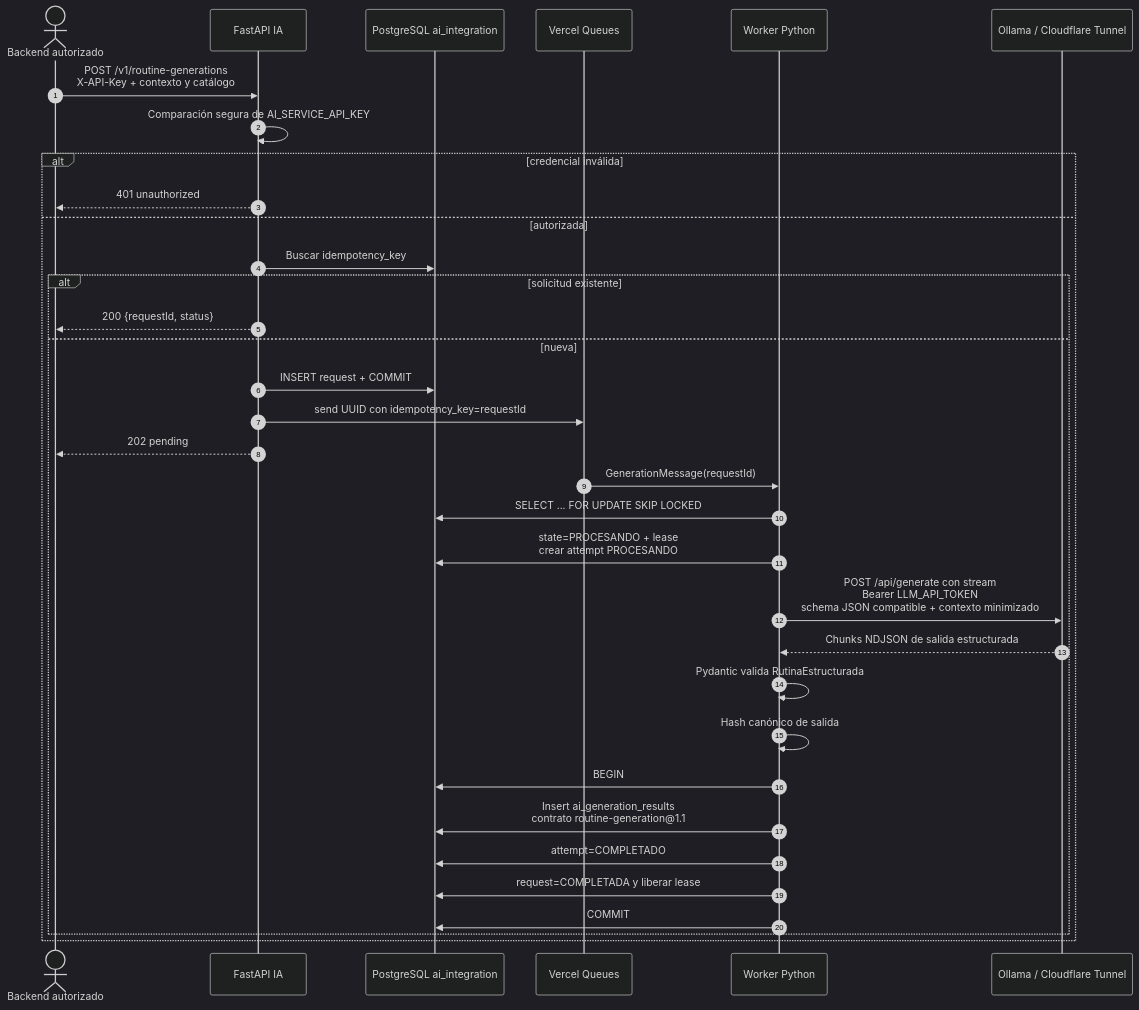
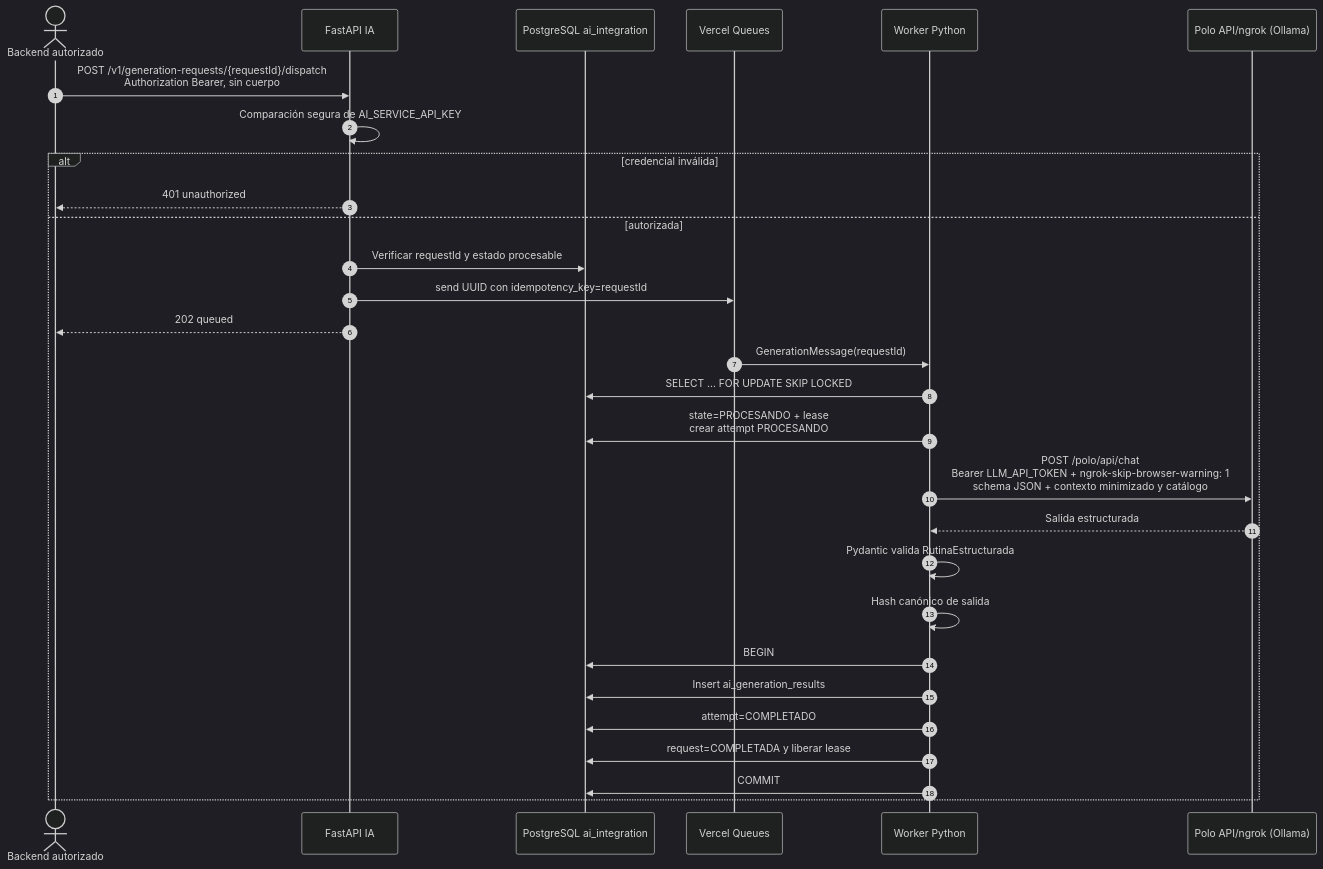
One commit to Maico-Zurbriggen/proyecto-gimnasio-documentacion changed diagram 12 of 14 in architecture/implemented-sequence-diagrams.md. Above: the diagram before and after it, drawn with Mermaid (dark theme). The commit also changed other lines of this file and 15 other files, not shown here.

Commit message:
docs(ai): document Polo generation and local database workflow

````diff
--- a/architecture/implemented-sequence-diagrams.md
+++ b/architecture/implemented-sequence-diagrams.md
@@ -551,37 +560,32 @@
 ```mermaid
 sequenceDiagram
     autonumber
     actor Caller as Backend autorizado
     participant AI as FastAPI IA
     participant DB as PostgreSQL ai_integration
     participant Q as Vercel Queues
     participant W as Worker Python
-    participant LLM as Ollama / Cloudflare Tunnel
+    participant LLM as Polo API/ngrok (Ollama)
 
-    Caller->>AI: POST /v1/routine-generations<br/>X-API-Key + contexto y catálogo
+    Caller->>AI: POST /v1/generation-requests/{requestId}/dispatch<br/>Authorization Bearer, sin cuerpo
     AI->>AI: Comparación segura de AI_SERVICE_API_KEY
     alt credencial inválida
         AI-->>Caller: 401 unauthorized
     else autorizada
-        AI->>DB: Buscar idempotency_key
-        alt solicitud existente
-            AI-->>Caller: 200 {requestId, status}
-        else nueva
-            AI->>DB: INSERT request + COMMIT
-            AI->>Q: send UUID con idempotency_key=requestId
-            AI-->>Caller: 202 pending
-            Q->>W: GenerationMessage(requestId)
-            W->>DB: SELECT ... FOR UPDATE SKIP LOCKED
-            W->>DB: state=PROCESANDO + lease<br/>crear attempt PROCESANDO
-            W->>LLM: POST /api/generate con stream<br/>Bearer LLM_API_TOKEN<br/>schema JSON compatible + contexto minimizado
-            LLM-->>W: Chunks NDJSON de salida estructurada
-            W->>W: Pydantic valida RutinaEstructurada
-            W->>W: Hash canónico de salida
-            W->>DB: BEGIN
-            W->>DB: Insert ai_generation_results<br/>contrato routine-generation@1.1
-            W->>DB: attempt=COMPLETADO
-            W->>DB: request=COMPLETADA y liberar lease
-            W->>DB: COMMIT
-        end
+        AI->>DB: Verificar requestId y estado procesable
+        AI->>Q: send UUID con idempotency_key=requestId
+        AI-->>Caller: 202 queued
+        Q->>W: GenerationMessage(requestId)
+        W->>DB: SELECT ... FOR UPDATE SKIP LOCKED
+        W->>DB: state=PROCESANDO + lease<br/>crear attempt PROCESANDO
+        W->>LLM: POST /polo/api/chat<br/>Bearer LLM_API_TOKEN + ngrok-skip-browser-warning: 1<br/>schema JSON + contexto minimizado y catálogo
+        LLM-->>W: Salida estructurada
+        W->>W: Pydantic valida RutinaEstructurada
+        W->>W: Hash canónico de salida
+        W->>DB: BEGIN
+        W->>DB: Insert ai_generation_results
+        W->>DB: attempt=COMPLETADO
+        W->>DB: request=COMPLETADA y liberar lease
+        W->>DB: COMMIT
     end
 ```
````
